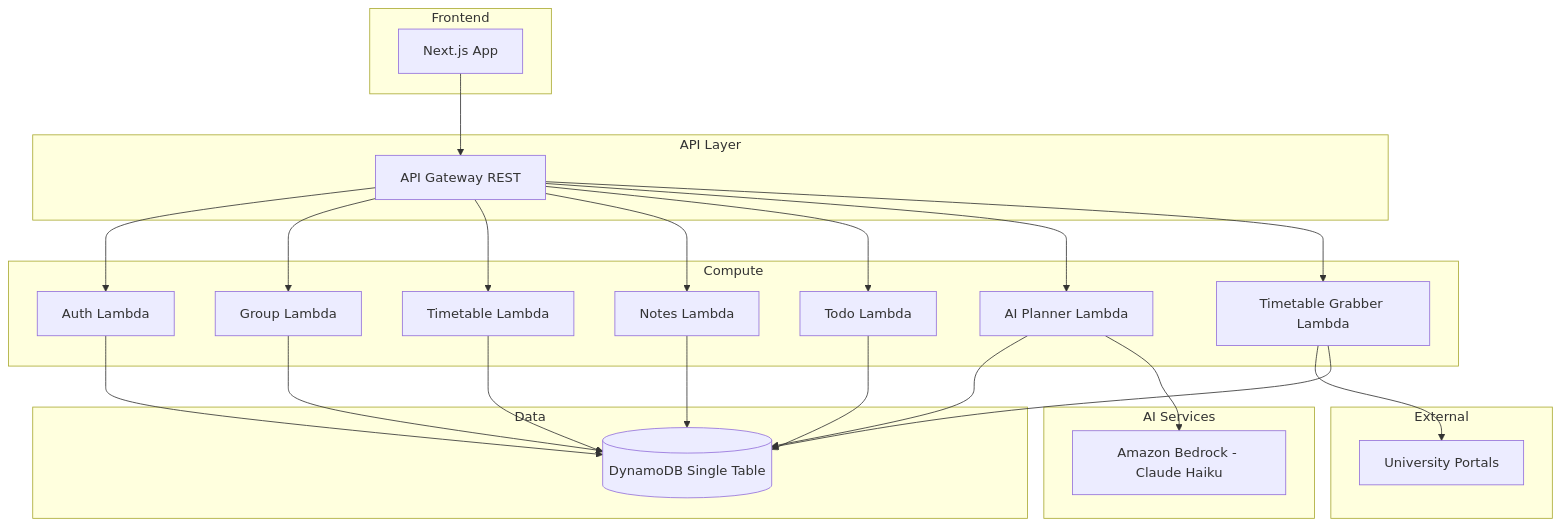
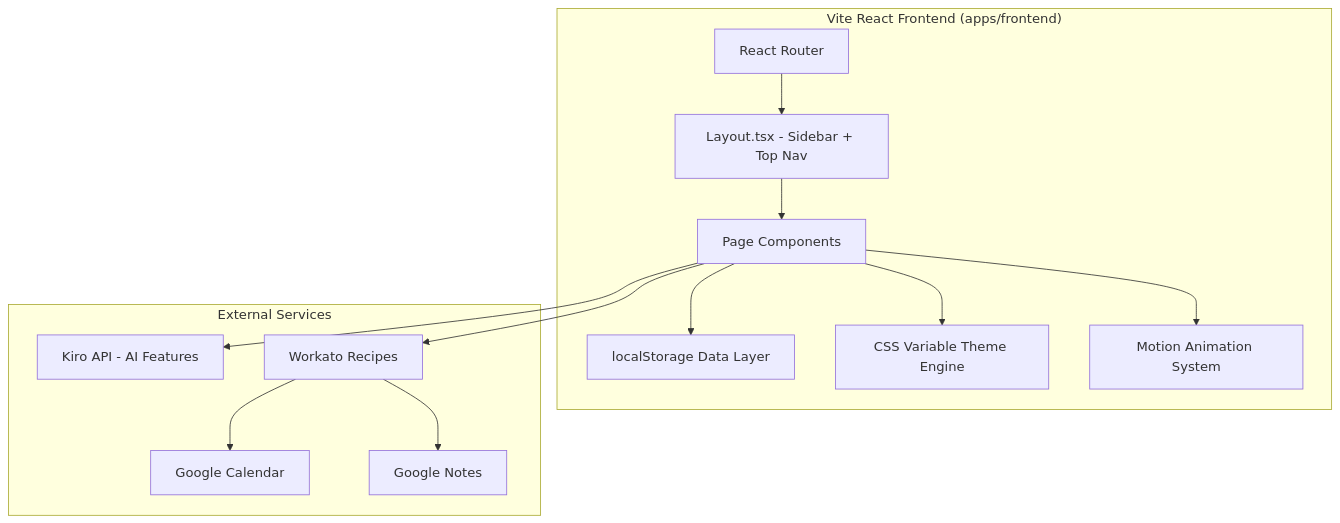
Before and after one commit to AlexanderLiew/SyncCircle: the first of 3 diagrams in .kiro/specs/cram-circle/design.md, drawn with Mermaid. The commit also changed other lines of this file and 31 other files, not shown here.

````diff
--- a/.kiro/specs/cram-circle/design.md
+++ b/.kiro/specs/cram-circle/design.md
@@ -16,50 +19,28 @@
 ```mermaid
-graph TB
-    subgraph Frontend
-        UI[Next.js App]
+graph TD
+    subgraph Frontend ["Vite React Frontend (apps/frontend)"]
+        Router[React Router]
+        Layout[Layout.tsx - Sidebar + Top Nav]
+        Pages[Page Components]
+        Store[localStorage Data Layer]
+        ThemeEngine[CSS Variable Theme Engine]
+        MotionLib[Motion Animation System]
     end
 
-    subgraph API Layer
-        APIGW[API Gateway REST]
+    subgraph ExternalAPIs ["External Services"]
+        KiroAPI[Kiro API - AI Features]
+        WorkatoRecipes[Workato Recipes]
+        GoogleCal[Google Calendar]
+        GoogleNotes[Google Notes]
     end
 
-    subgraph Compute
-        AUTH[Auth Lambda]
-        GROUP[Group Lambda]
-        TIMETABLE[Timetable Lambda]
-        NOTES[Notes Lambda]
-        TODO[Todo Lambda]
-        AI[AI Planner Lambda]
-        GRABBER[Timetable Grabber Lambda]
-    end
-
-    subgraph Data
-        DDB[(DynamoDB Single Table)]
-    end
-
-    subgraph AI Services
-        BEDROCK[Amazon Bedrock - Claude Haiku]
-    end
-
-    subgraph External
-        UNI[University Portals]
-    end
-
-    UI --> APIGW
-    APIGW --> AUTH
-    APIGW --> GROUP
-    APIGW --> TIMETABLE
-    APIGW --> NOTES
-    APIGW --> TODO
-    APIGW --> AI
-    APIGW --> GRABBER
-    AUTH --> DDB
-    GROUP --> DDB
-    TIMETABLE --> DDB
-    NOTES --> DDB
-    TODO --> DDB
-    AI --> DDB
-    AI --> BEDROCK
-    GRABBER --> UNI
-    GRABBER --> DDB
+    Router --> Layout
+    Layout --> Pages
+    Pages --> Store
+    Pages --> KiroAPI
+    Pages --> WorkatoRecipes
+    WorkatoRecipes --> GoogleCal
+    WorkatoRecipes --> GoogleNotes
+    Pages --> ThemeEngine
+    Pages --> MotionLib
 ```
````
